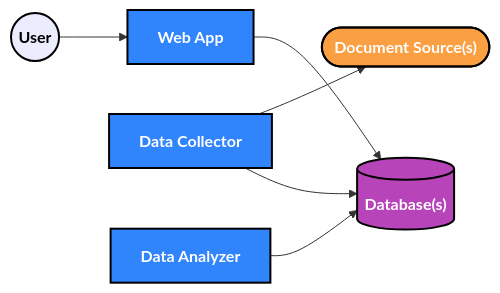
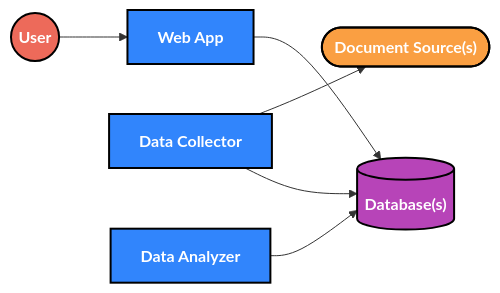
One commit to initialcapacity/news-analyzer changed the first of 3 diagrams in README.md. Above: the diagram before and after it, drawn with Mermaid. The commit also changed other lines of this file, not shown here.

Commit message:
Add color to user

````diff
--- a/README.md
+++ b/README.md
@@ -13,26 +13,26 @@
 ```mermaid
 flowchart LR
     user((User))
     app[Web App]
     docs(["Document Source(s)"])
     db[("Database(s)")]
     collector[Data Collector]
     analyzer[Data Analyzer]
     
     user --> app
     collector --> docs
     collector --> db
     app --> db
     analyzer --> db
 
     classDef node font-weight:bold,color:white,stroke:black,stroke-width:2px;
     classDef app fill:#3185FC;
     classDef db fill:#B744B8;
     classDef external fill:#FA9F42;
-    classDef user color: black;
+    classDef user fill:#ED6A5A;
 
     class app,collector,analyzer app;
     class db db;
     class docs external;
     class user user;
 ```
````
